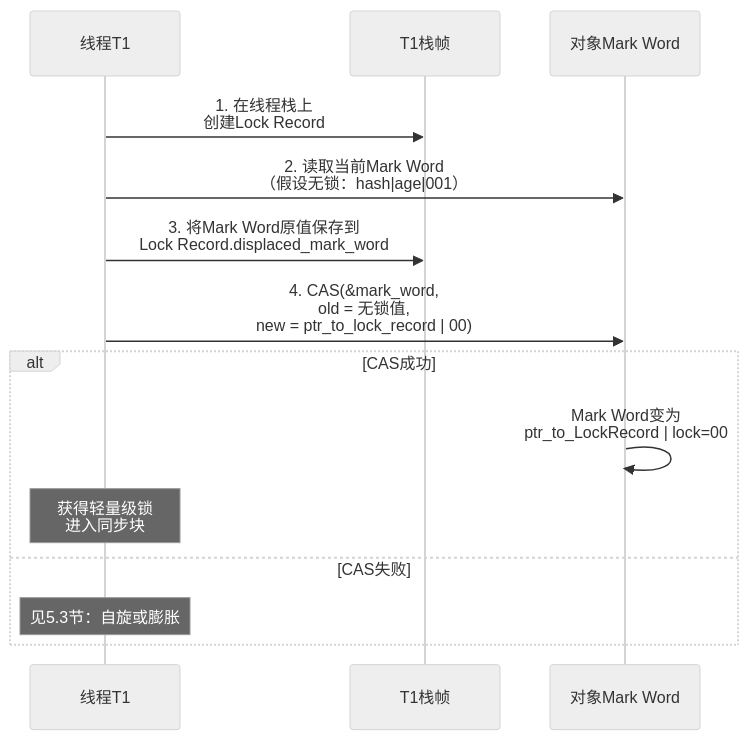
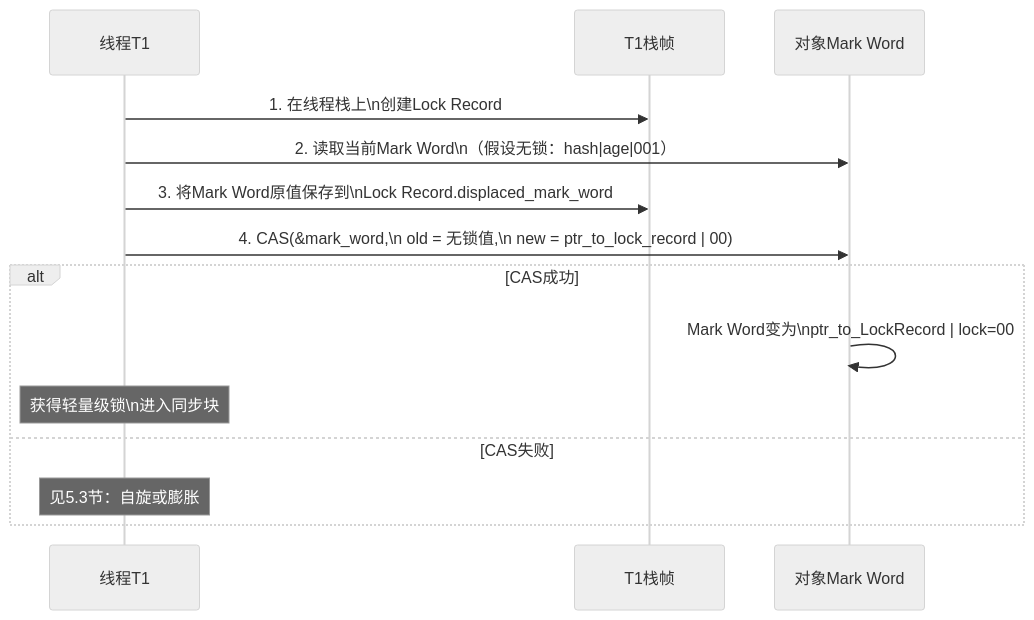
The sixth of 12 diagrams in content/posts/concurrency/SynchronizedLockUpgrade.md (yaocat55/yaocat55.github.io), drawn with Mermaid (neutral theme) before and after one commit. The commit also changed other lines of this file and 155 other files, not shown here.

````diff
--- a/content/posts/concurrency/SynchronizedLockUpgrade.md
+++ b/content/posts/concurrency/SynchronizedLockUpgrade.md
@@ -401,17 +417,17 @@
 ```mermaid
 sequenceDiagram
     participant T1 as 线程T1
     participant STACK as T1栈帧
     participant MW as 对象Mark Word
 
-    T1->>STACK: 1. 在线程栈上<br/>创建Lock Record
-    T1->>MW: 2. 读取当前Mark Word<br/>（假设无锁：hash|age|001）
-    T1->>STACK: 3. 将Mark Word原值保存到<br/>Lock Record.displaced_mark_word
-    T1->>MW: 4. CAS(&mark_word,<br/>  old = 无锁值,<br/>  new = ptr_to_lock_record | 00)
+    T1->>STACK: 1. 在线程栈上\n创建Lock Record
+    T1->>MW: 2. 读取当前Mark Word\n（假设无锁：hash|age|001）
+    T1->>STACK: 3. 将Mark Word原值保存到\nLock Record.displaced_mark_word
+    T1->>MW: 4. CAS(&mark_word,\n  old = 无锁值,\n  new = ptr_to_lock_record | 00)
     alt CAS成功
-        MW->>MW: Mark Word变为<br/>ptr_to_LockRecord | lock=00
-        Note over T1: 获得轻量级锁<br/>进入同步块
+        MW->>MW: Mark Word变为\nptr_to_LockRecord | lock=00
+        Note over T1: 获得轻量级锁\n进入同步块
     else CAS失败
         Note over T1: 见5.3节：自旋或膨胀
     end
 ```
````
